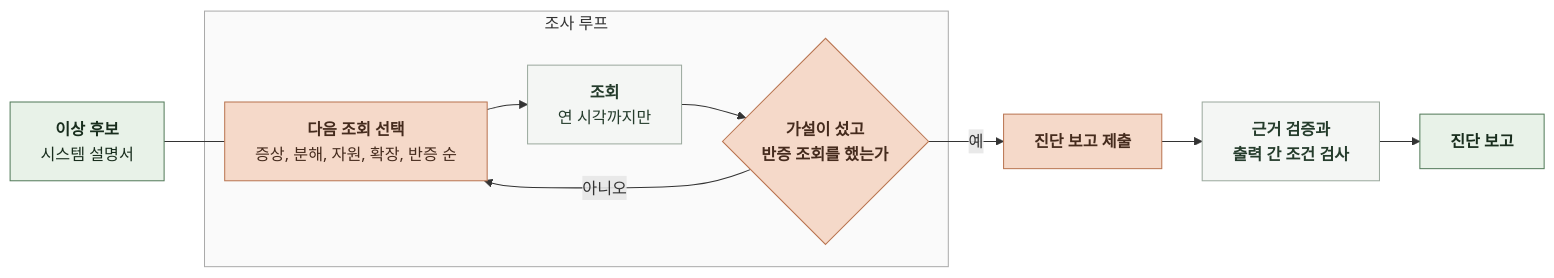
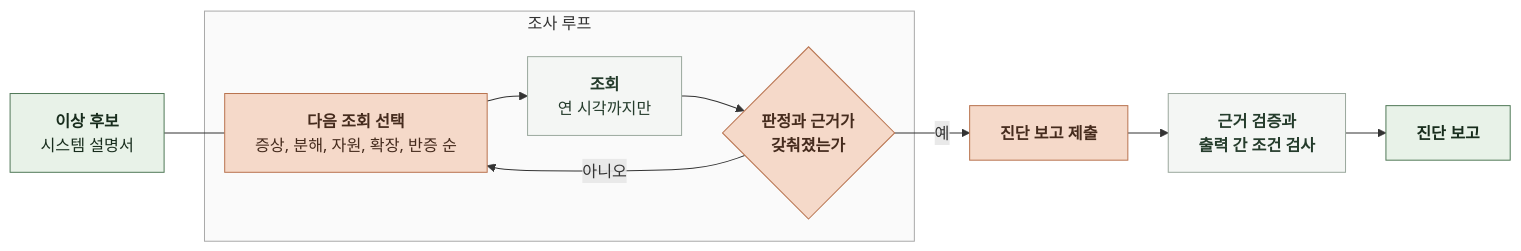
Before and after one commit to KIM-N-KANG/knk-harness: the diagram in docs/domain/OBSERVABILITY/AI/4-1-DESIGN-COGNITIVE-ARCHITECTURE.md, drawn with Mermaid. The commit also changed 9 other files, not shown here.

````diff
--- a/docs/domain/OBSERVABILITY/AI/4-1-DESIGN-COGNITIVE-ARCHITECTURE.md
+++ b/docs/domain/OBSERVABILITY/AI/4-1-DESIGN-COGNITIVE-ARCHITECTURE.md
@@ -46,28 +46,28 @@
 ```mermaid
 %%{init: {"flowchart": {"curve": "basis", "nodeSpacing": 24, "rankSpacing": 40}}}%%
 flowchart LR
     C["`**이상 후보**
 시스템 설명서`"] --- Q
     subgraph LOOP["조사 루프"]
         Q["`**다음 조회 선택**
 증상, 분해, 자원, 확장, 반증 순`"]
         T["`**조회**
 연 시각까지만`"]
-        H{"`**가설이 섰고
-반증 조회를 했는가**`"}
+        H{"`**판정과 근거가
+갖춰졌는가**`"}
         Q --> T
         T --> H
         H -->|아니오| Q
     end
     H -->|예| R["`**진단 보고 제출**`"]
     R --> V["`**근거 검증과
 출력 간 조건 검사**`"]
     V --> O["`**진단 보고**`"]
     classDef data fill:#E8F2E8,stroke:#527A59,color:#182D1D
     classDef model fill:#F5D9C9,stroke:#B97450,color:#452B1D
     classDef code fill:#F4F6F4,stroke:#9BA99E,color:#253C2C
     class C,O data
     class Q,H,R model
     class T,V code
     style LOOP fill:#FAFAFA,stroke:#AAAAAA
 ```
````
